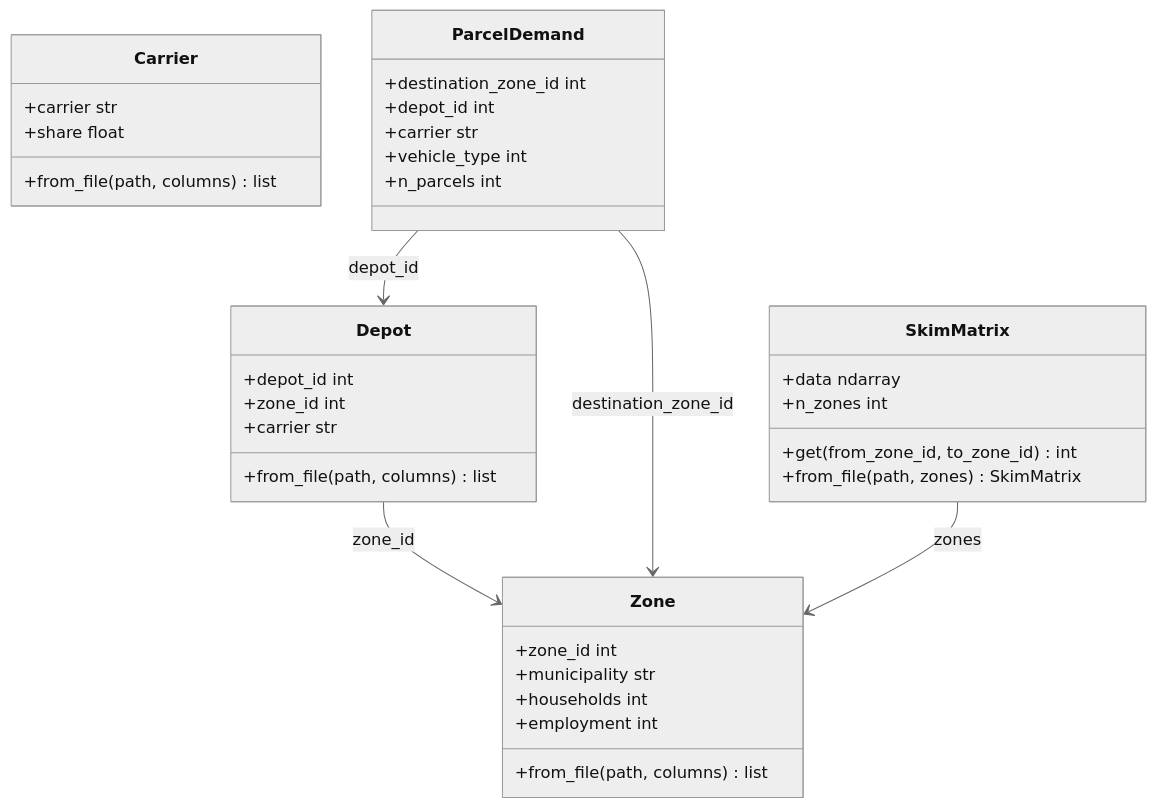
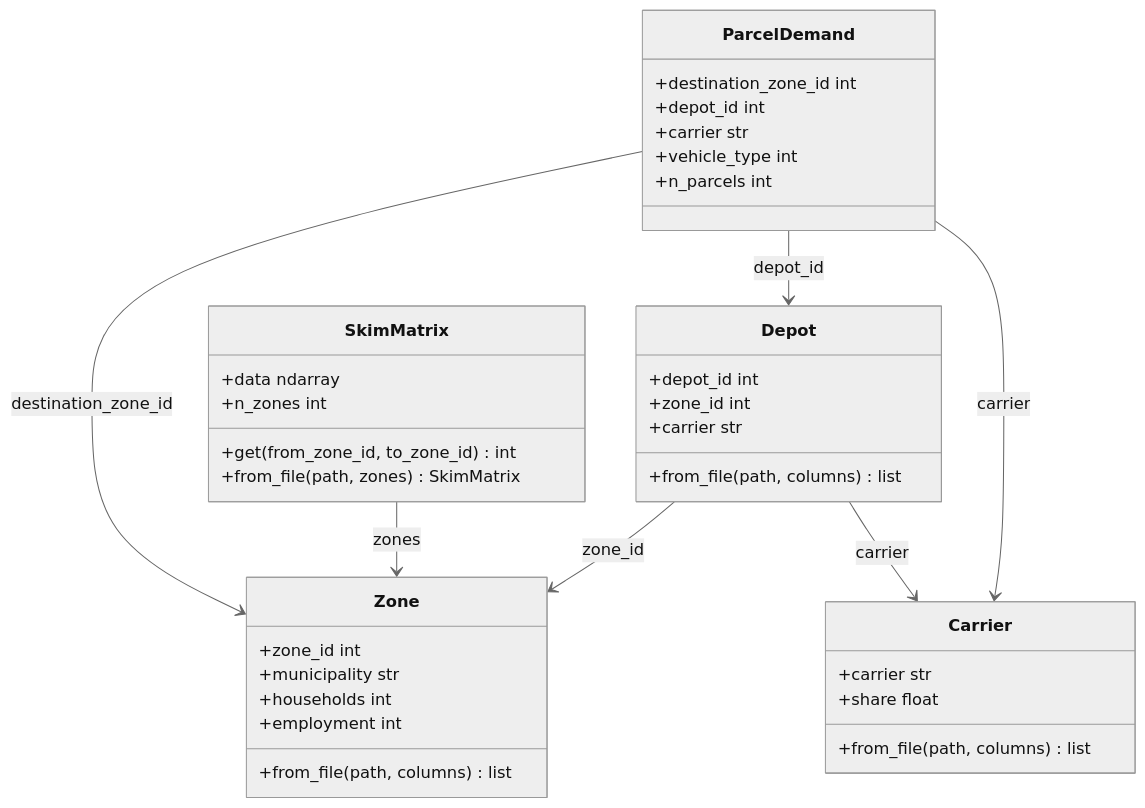
Before and after one commit to hcubasd/urban-dollop: the diagram in README.md, drawn with Mermaid (neutral theme).

Commit message:
Add missing Carrier association arrows to diagram

````diff
--- a/README.md
+++ b/README.md
@@ -18,43 +18,45 @@
 ```mermaid
 classDiagram
     class Zone {
         +zone_id int
         +municipality str
         +households int
         +employment int
         +from_file(path, columns) list
     }
 
     class Carrier {
         +carrier str
         +share float
         +from_file(path, columns) list
     }
 
     class Depot {
         +depot_id int
         +zone_id int
         +carrier str
         +from_file(path, columns) list
     }
 
     class ParcelDemand {
         +destination_zone_id int
         +depot_id int
         +carrier str
         +vehicle_type int
         +n_parcels int
     }
 
     class SkimMatrix {
         +data ndarray
         +n_zones int
         +get(from_zone_id, to_zone_id) int
         +from_file(path, zones) SkimMatrix
     }
 
     Depot --> Zone : zone_id
+    Depot --> Carrier : carrier
     ParcelDemand --> Zone : destination_zone_id
     ParcelDemand --> Depot : depot_id
+    ParcelDemand --> Carrier : carrier
     SkimMatrix --> Zone : zones
 ```
````
